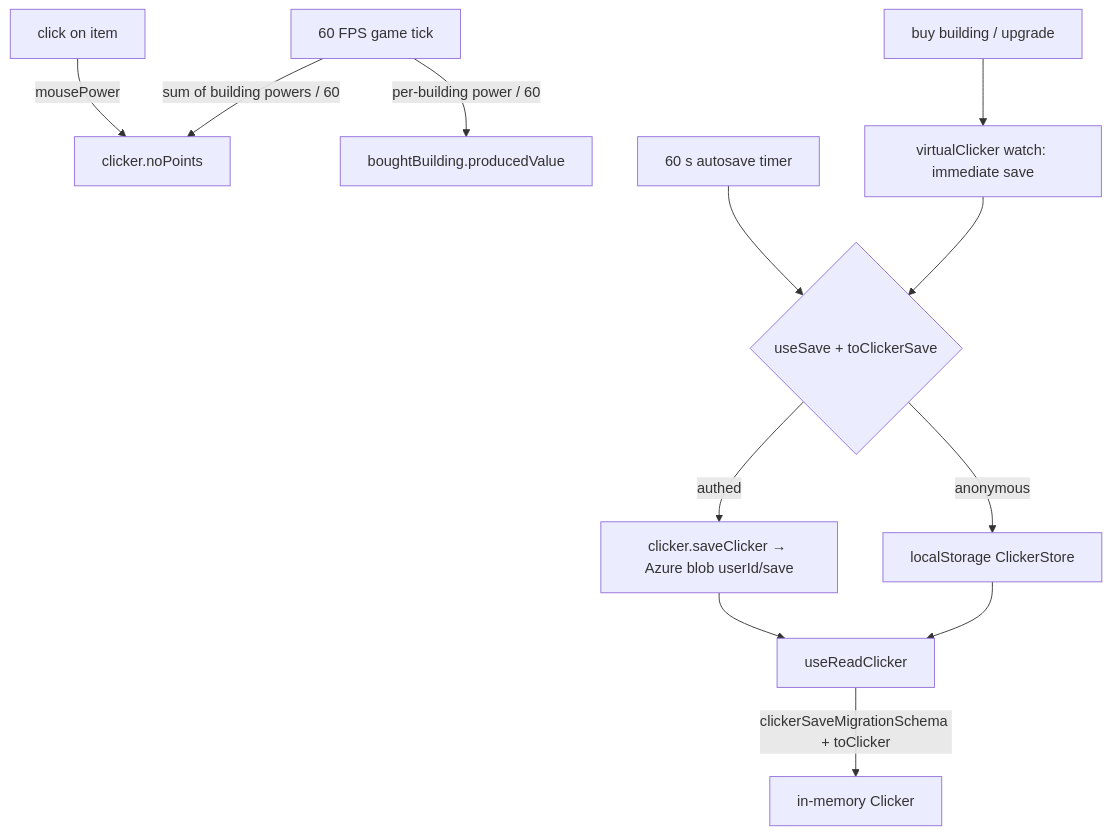
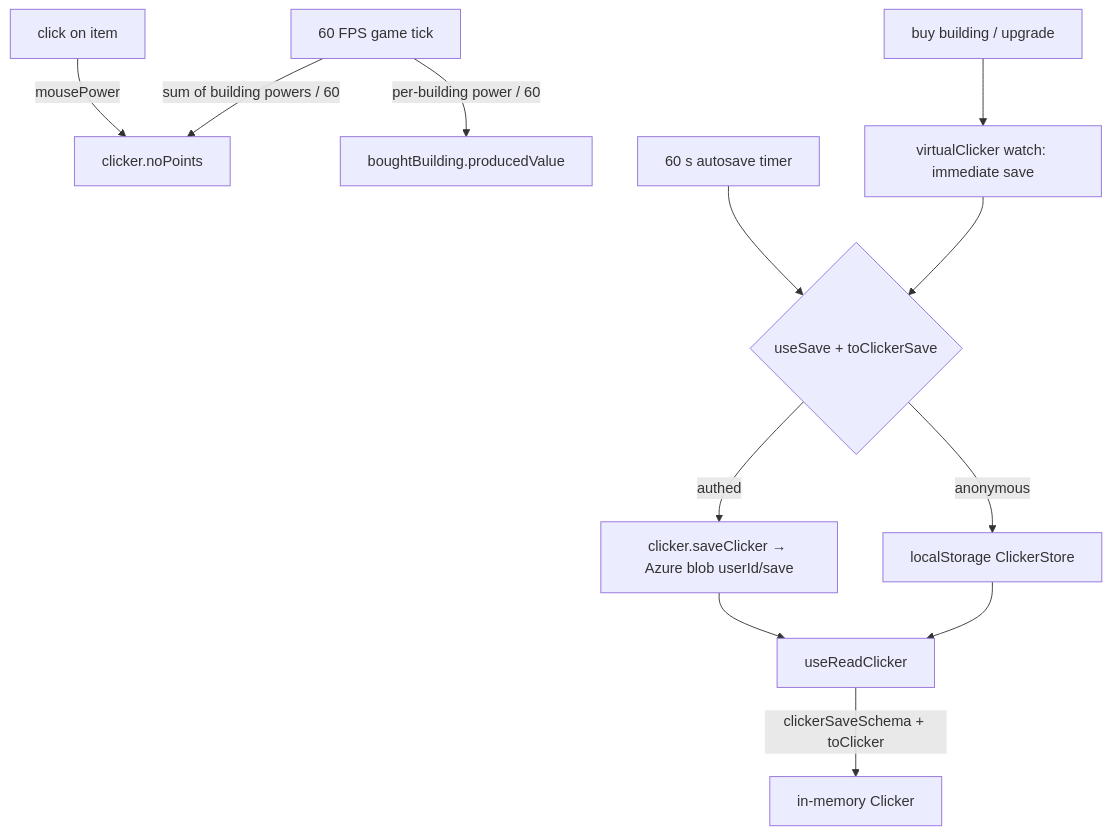
Before and after one commit to Esposter/Esposter: the diagram in packages/app/content/docs/clicker/game-loop-and-saves.md, drawn with Mermaid. The commit also changed other lines of this file and 23 other files, not shown here.

````diff
--- a/packages/app/content/docs/clicker/game-loop-and-saves.md
+++ b/packages/app/content/docs/clicker/game-loop-and-saves.md
@@ -19,14 +19,14 @@
 ```mermaid
 flowchart TD
   click[click on item] -->|mousePower| points[clicker.noPoints]
   tick[60 FPS game tick] -->|sum of building powers / 60| points
   tick -->|per-building power / 60| produced[boughtBuilding.producedValue]
   buy[buy building / upgrade] --> save60[virtualClicker watch: immediate save]
   auto[60 s autosave timer] --> persist
   save60 --> persist{useSave + toClickerSave}
   persist -->|authed| blob[clicker.saveClicker → Azure blob userId/save]
   persist -->|anonymous| ls[localStorage ClickerStore]
   blob --> load[useReadClicker]
   ls --> load
-  load -->|clickerSaveMigrationSchema + toClicker| clicker[in-memory Clicker]
+  load -->|clickerSaveSchema + toClicker| clicker[in-memory Clicker]
 ```
````
